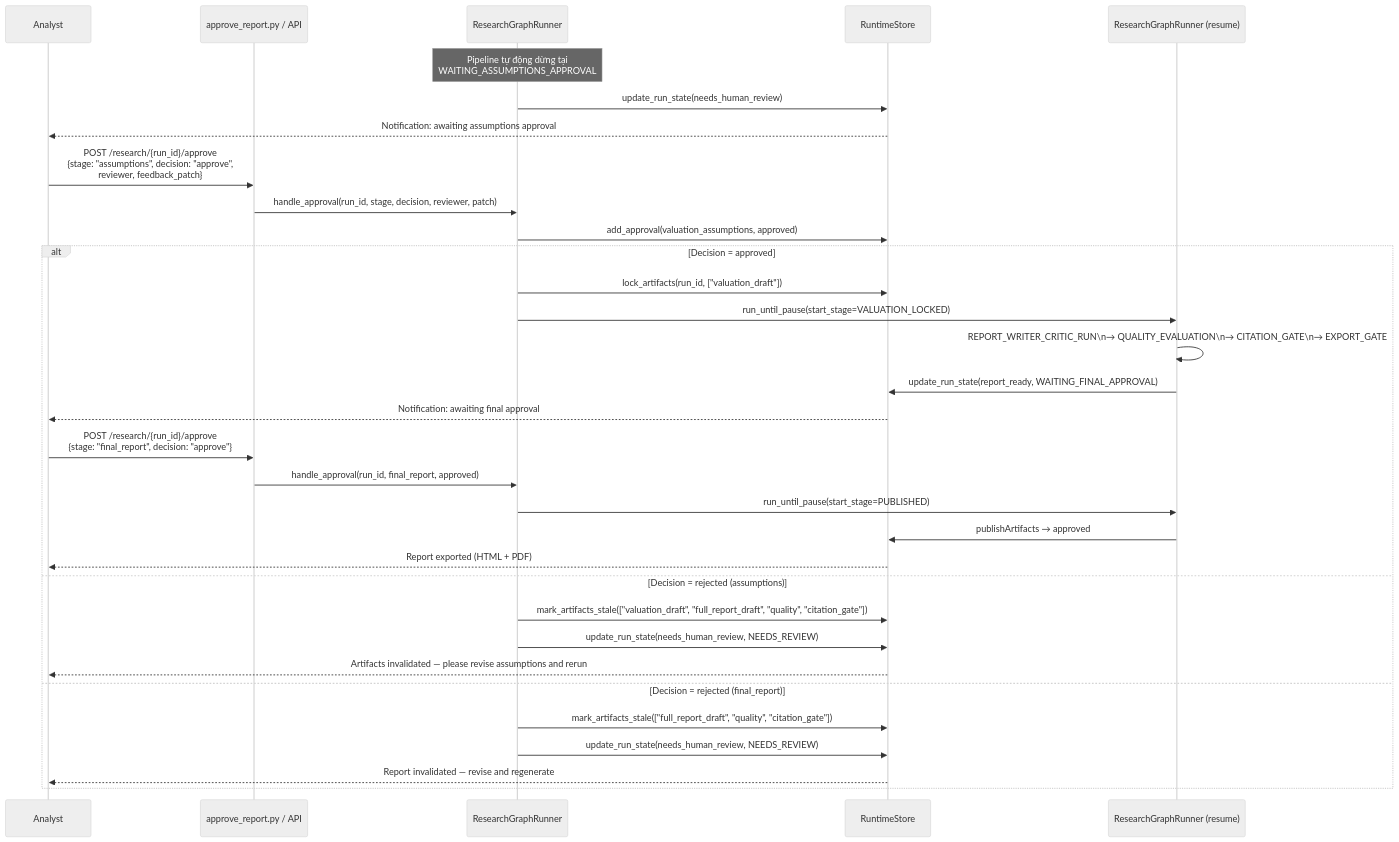
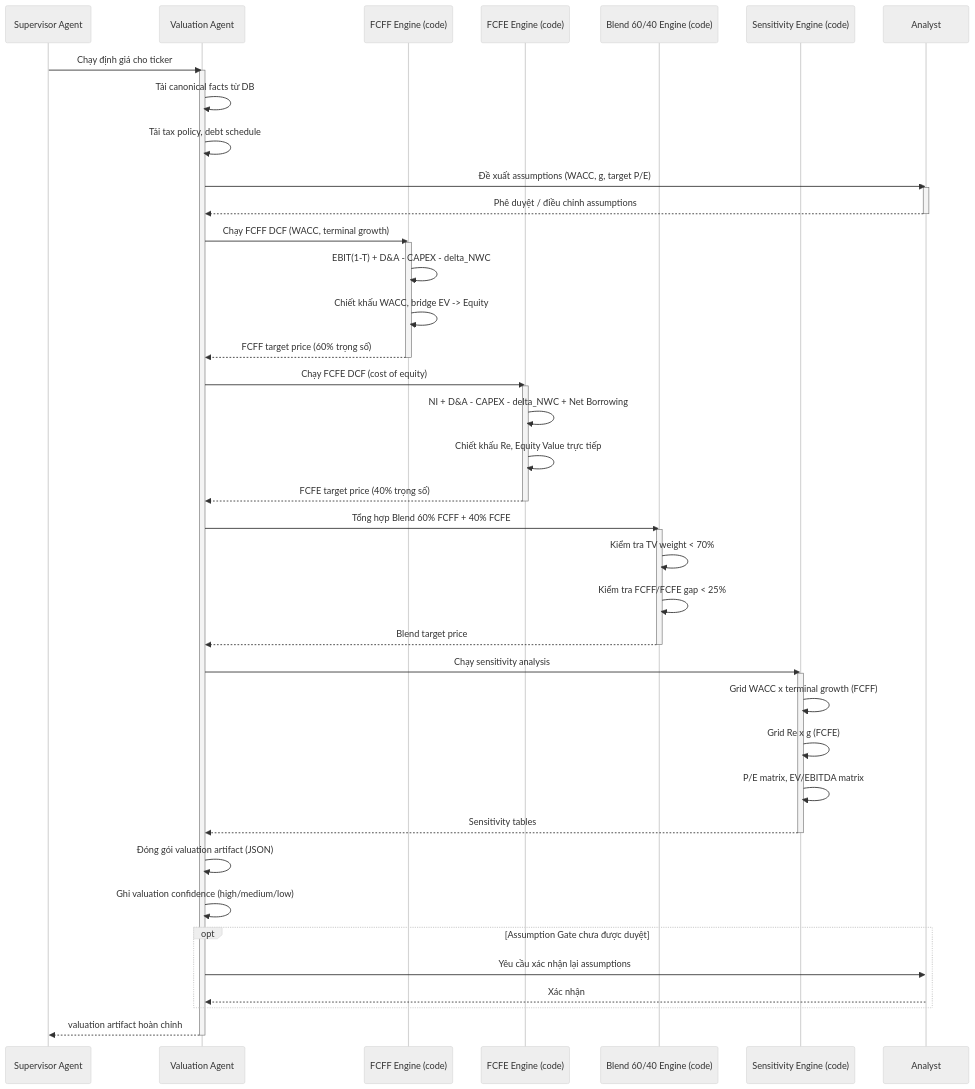
Before and after one commit to haubelerche/equity-research-system: the fourth of 6 diagrams in docs/SEQUENCE.md, drawn with Mermaid (neutral theme). The commit also changed other lines of this file and 124 other files, not shown here.

````diff
--- a/docs/SEQUENCE.md
+++ b/docs/SEQUENCE.md
@@ -600,40 +228,60 @@
 ```mermaid
 sequenceDiagram
-  participant Analyst
-  participant API as approve_report.py / API
-  participant Runner as ResearchGraphRunner
-  participant Store as RuntimeStore
-  participant Runner2 as ResearchGraphRunner (resume)
+    participant Supervisor as Supervisor Agent
+    participant ValAgent as Valuation Agent
+    participant FCFFEngine as FCFF Engine (code)
+    participant FCFEEngine as FCFE Engine (code)
+    participant BlendEngine as Blend 60/40 Engine (code)
+    participant SensEngine as Sensitivity Engine (code)
+    participant Analyst
 
-  Note over Runner: Pipeline tự động dừng tại<br/>WAITING_ASSUMPTIONS_APPROVAL
-  Runner ->> Store: update_run_state(needs_human_review)
-  Store -->> Analyst: Notification: awaiting assumptions approval
+    Supervisor->>ValAgent: Chạy định giá cho ticker
+    activate ValAgent
+    ValAgent->>ValAgent: Tải canonical facts từ DB
+    ValAgent->>ValAgent: Tải tax policy, debt schedule
 
-  Analyst ->> API: POST /research/{run_id}/approve<br/>{stage: "assumptions", decision: "approve",<br/>reviewer, feedback_patch}
-  API ->> Runner: handle_approval(run_id, stage, decision, reviewer, patch)
-  Runner ->> Store: add_approval(valuation_assumptions, approved)
+    ValAgent->>Analyst: Đề xuất assumptions (WACC, g, target P/E)
+    activate Analyst
+    Analyst-->>ValAgent: Phê duyệt / điều chỉnh assumptions
+    deactivate Analyst
 
-  alt Decision = approved
-    Runner ->> Store: lock_artifacts(run_id, ["valuation_draft"])
-    Runner ->> Runner2: run_until_pause(start_stage=VALUATION_LOCKED)
-    Runner2 ->> Runner2: REPORT_WRITER_CRITIC_RUN\n→ QUALITY_EVALUATION\n→ CITATION_GATE\n→ EXPORT_GATE
-    Runner2 ->> Store: update_run_state(report_ready, WAITING_FINAL_APPROVAL)
-    Store -->> Analyst: Notification: awaiting final approval
+    ValAgent->>FCFFEngine: Chạy FCFF DCF (WACC, terminal growth)
+    activate FCFFEngine
+    FCFFEngine->>FCFFEngine: EBIT(1-T) + D&A - CAPEX - delta_NWC
+    FCFFEngine->>FCFFEngine: Chiết khấu WACC, bridge EV -> Equity
+    FCFFEngine-->>ValAgent: FCFF target price (60% trọng số)
+    deactivate FCFFEngine
 
-    Analyst ->> API: POST /research/{run_id}/approve<br/>{stage: "final_report", decision: "approve"}
-    API ->> Runner: handle_approval(run_id, final_report, approved)
-    Runner ->> Runner2: run_until_pause(start_stage=PUBLISHED)
-    Runner2 ->> Store: publishArtifacts → approved
-    Store -->> Analyst: Report exported (HTML + PDF)
+    ValAgent->>FCFEEngine: Chạy FCFE DCF (cost of equity)
+    activate FCFEEngine
+    FCFEEngine->>FCFEEngine: NI + D&A - CAPEX - delta_NWC + Net Borrowing
+    FCFEEngine->>FCFEEngine: Chiết khấu Re, Equity Value trực tiếp
+    FCFEEngine-->>ValAgent: FCFE target price (40% trọng số)
+    deactivate FCFEEngine
 
-  else Decision = rejected (assumptions)
-    Runner ->> Store: mark_artifacts_stale(["valuation_draft", "full_report_draft", "quality", "citation_gate"])
-    Runner ->> Store: update_run_state(needs_human_review, NEEDS_REVIEW)
-    Store -->> Analyst: Artifacts invalidated — please revise assumptions and rerun
-  
-  else Decision = rejected (final_report)
-    Runner ->> Store: mark_artifacts_stale(["full_report_draft", "quality", "citation_gate"])
-    Runner ->> Store: update_run_state(needs_human_review, NEEDS_REVIEW)
-    Store -->> Analyst: Report invalidated — revise and regenerate
-  end
+    ValAgent->>BlendEngine: Tổng hợp Blend 60% FCFF + 40% FCFE
+    activate BlendEngine
+    BlendEngine->>BlendEngine: Kiểm tra TV weight < 70%
+    BlendEngine->>BlendEngine: Kiểm tra FCFF/FCFE gap < 25%
+    BlendEngine-->>ValAgent: Blend target price
+    deactivate BlendEngine
+
+    ValAgent->>SensEngine: Chạy sensitivity analysis
+    activate SensEngine
+    SensEngine->>SensEngine: Grid WACC x terminal growth (FCFF)
+    SensEngine->>SensEngine: Grid Re x g (FCFE)
+    SensEngine->>SensEngine: P/E matrix, EV/EBITDA matrix
+    SensEngine-->>ValAgent: Sensitivity tables
+    deactivate SensEngine
+
+    ValAgent->>ValAgent: Đóng gói valuation artifact (JSON)
+    ValAgent->>ValAgent: Ghi valuation confidence (high/medium/low)
+
+    opt Assumption Gate chưa được duyệt
+        ValAgent->>Analyst: Yêu cầu xác nhận lại assumptions
+        Analyst-->>ValAgent: Xác nhận
+    end
+
+    ValAgent-->>Supervisor: valuation artifact hoàn chỉnh
+    deactivate ValAgent
 ```
````
